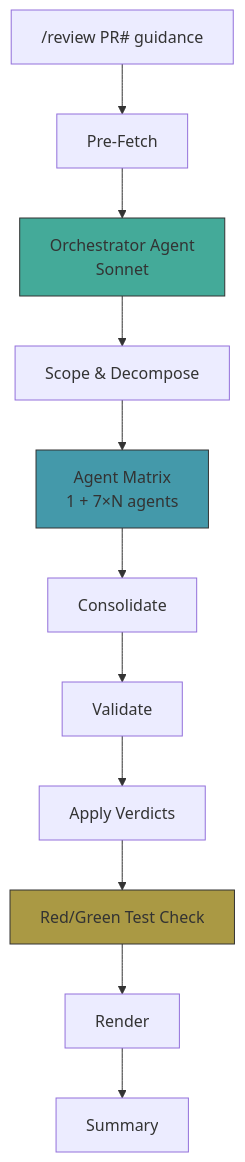
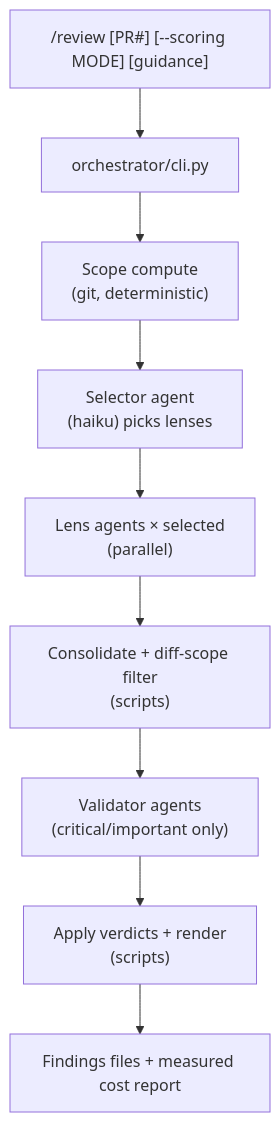
The second of 2 diagrams in README.md (jewzaam/jewzaam-reviews), drawn with Mermaid before and after one commit. The commit also changed other lines of this file and 64 other files, not shown here.

First line of the commit message:
refactor(review): replace shell/JS pipeline orchestration with Python orchestrator

````diff
--- a/README.md
+++ b/README.md
@@ -65,17 +62,11 @@
 ```mermaid
 graph TD
-    A["/review PR# guidance"] --> B[Pre-Fetch]
-    B --> C[Orchestrator Agent<br/>Sonnet]
-    C --> D[Scope & Decompose]
-    D --> E[Agent Matrix<br/>1 + 7×N agents]
-    E --> F[Consolidate]
-    F --> G[Validate]
-    G --> H[Apply Verdicts]
-    H --> I[Red/Green Test Check]
-    I --> J[Render]
-    J --> K[Summary]
-
-    style C fill:#4a9,stroke:#333
-    style E fill:#49a,stroke:#333
-    style I fill:#a94,stroke:#333
+    A["/review [PR#] [--scoring MODE] [guidance]"] --> B["orchestrator/cli.py"]
+    B --> C["Scope compute<br/>(git, deterministic)"]
+    C --> D["Selector agent<br/>(haiku) picks lenses"]
+    D --> E["Lens agents × selected<br/>(parallel)"]
+    E --> F["Consolidate + diff-scope filter<br/>(scripts)"]
+    F --> G["Validator agents<br/>(critical/important only)"]
+    G --> H["Apply verdicts + render<br/>(scripts)"]
+    H --> I["Findings files + measured cost report"]
 ```
````
